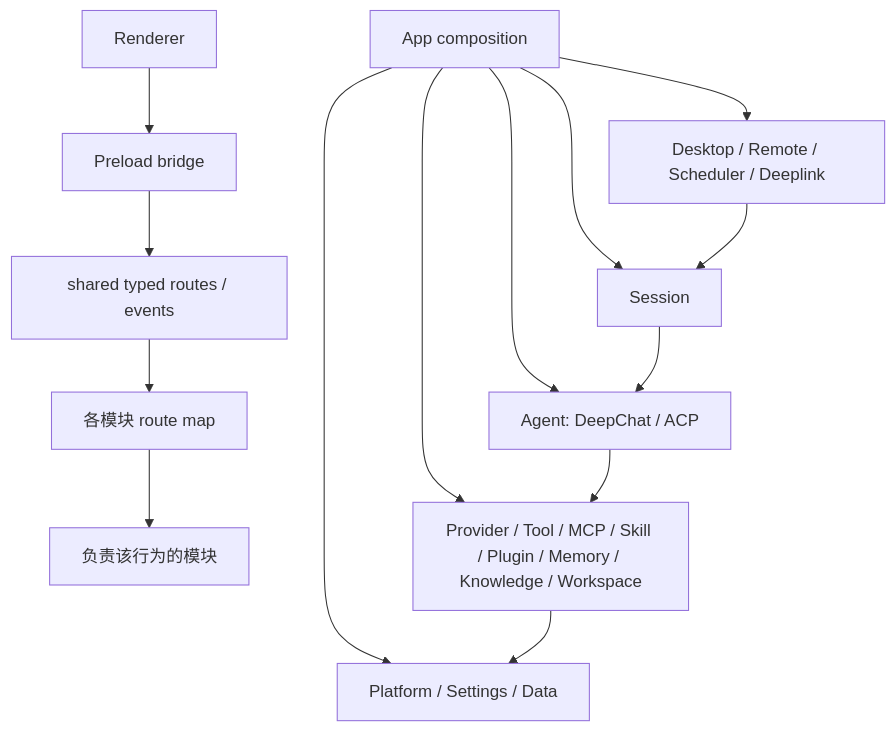
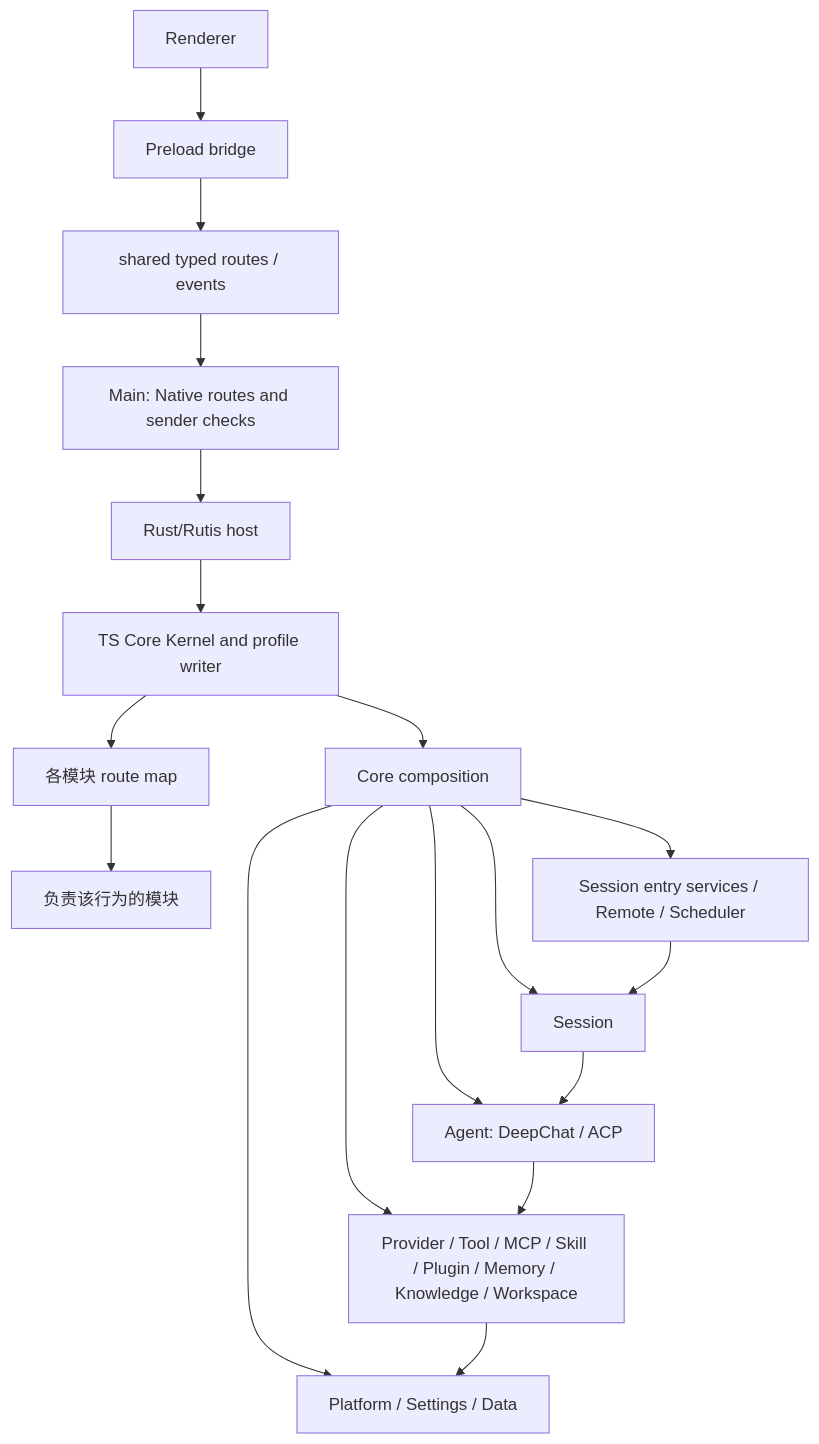
Before and after one commit to ThinkInAIXYZ/deepchat: the diagram in docs/ARCHITECTURE.md, drawn with Mermaid. The commit also changed other lines of this file and 123 other files, not shown here.

Commit message:
feat(harness): adopt Rutis Core backend

````diff
--- a/docs/ARCHITECTURE.md
+++ b/docs/ARCHITECTURE.md
@@ -8,18 +9,22 @@
 ```mermaid
 flowchart TD
     Renderer["Renderer"] --> Preload["Preload bridge"]
     Preload --> Contracts["shared typed routes / events"]
-    Contracts --> RouteMaps["各模块 route map"]
+    Contracts --> Native["Main: Native routes and sender checks"]
+    Native --> Host["Rust/Rutis host"]
+    Host --> Core["TS Core Kernel and profile writer"]
+    Core --> RouteMaps["各模块 route map"]
     RouteMaps --> Modules["负责该行为的模块"]
 
-    App["App composition"] --> Platform["Platform / Settings / Data"]
+    App["Core composition"] --> Platform["Platform / Settings / Data"]
+    Core --> App
     App --> Capabilities["Provider / Tool / MCP / Skill / Plugin / Memory / Knowledge / Workspace"]
     App --> Agent["Agent: DeepChat / ACP"]
     App --> Session["Session"]
-    App --> Entries["Desktop / Remote / Scheduler / Deeplink"]
+    App --> Entries["Session entry services / Remote / Scheduler"]
 
     Entries --> Session
     Session --> Agent
     Agent --> Capabilities
     Capabilities --> Platform
 ```
````
